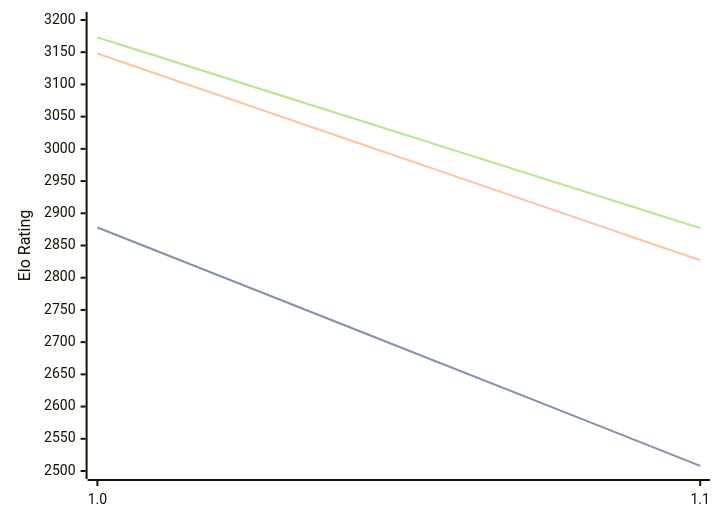
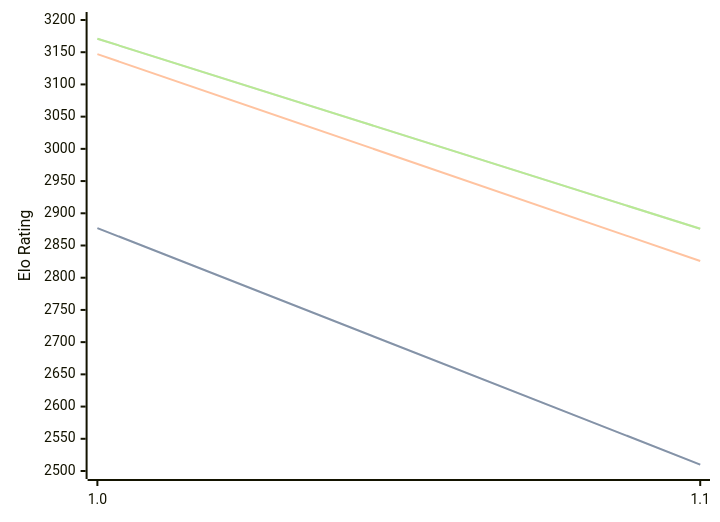
One commit to computer-chess-index/cci changed the diagram in engines/Publius.md. Above: the diagram before and after it, drawn with Mermaid. The commit also changed other lines of this file, not shown here.

Commit message:
Update CCI Ratings (ELO VLTC) - 2026-02-18

````diff
--- a/engines/Publius.md
+++ b/engines/Publius.md
@@ -29,11 +29,11 @@
 ```mermaid
 %%{init: {"theme":"base","themeVariables":{"seriesColors:['#a3a3a3','#222221','#faa371']}}}%%
 xychart-beta
   x-axis ["1.0", "1.1"]
   y-axis "Elo Rating" 2500 --> 3200
-  line "STC (8.0+0.08s)" [2878, 2508]
-  line "STC (8.0+0.08s)" [2878, 2508]
-  line "LTC (60.0+0.60s)" [3148, 2827]
-  line "VLTC (2m24s+1.12s)" [3173, 2877]
-  line "VLTC (2m24s+1.12s)" [3173, 2877]
+  line "STC (8.0+0.08s)" [2877, 2510]
+  line "STC (8.0+0.08s)" [2877, 2510]
+  line "LTC (60.0+0.60s)" [3147, 2826]
+  line "VLTC (2m24s+1.12s)" [3171, 2876]
+  line "VLTC (2m24s+1.12s)" [3171, 2876]
 ```
````
